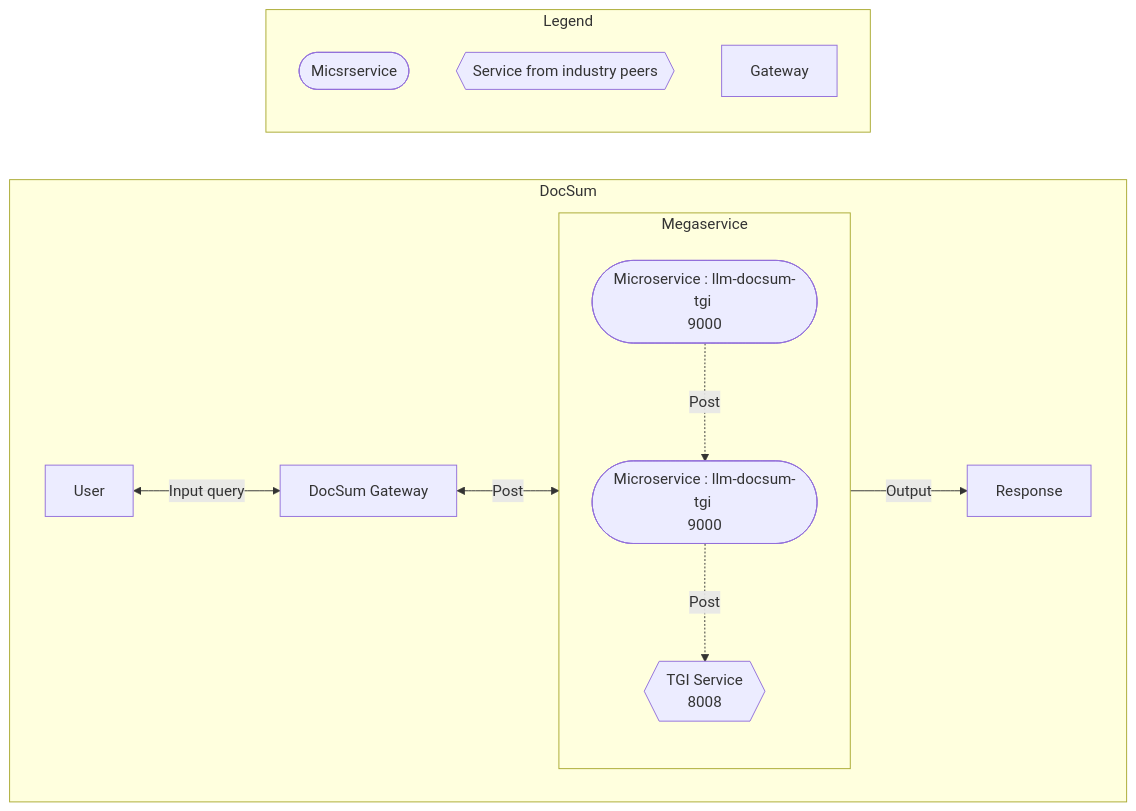
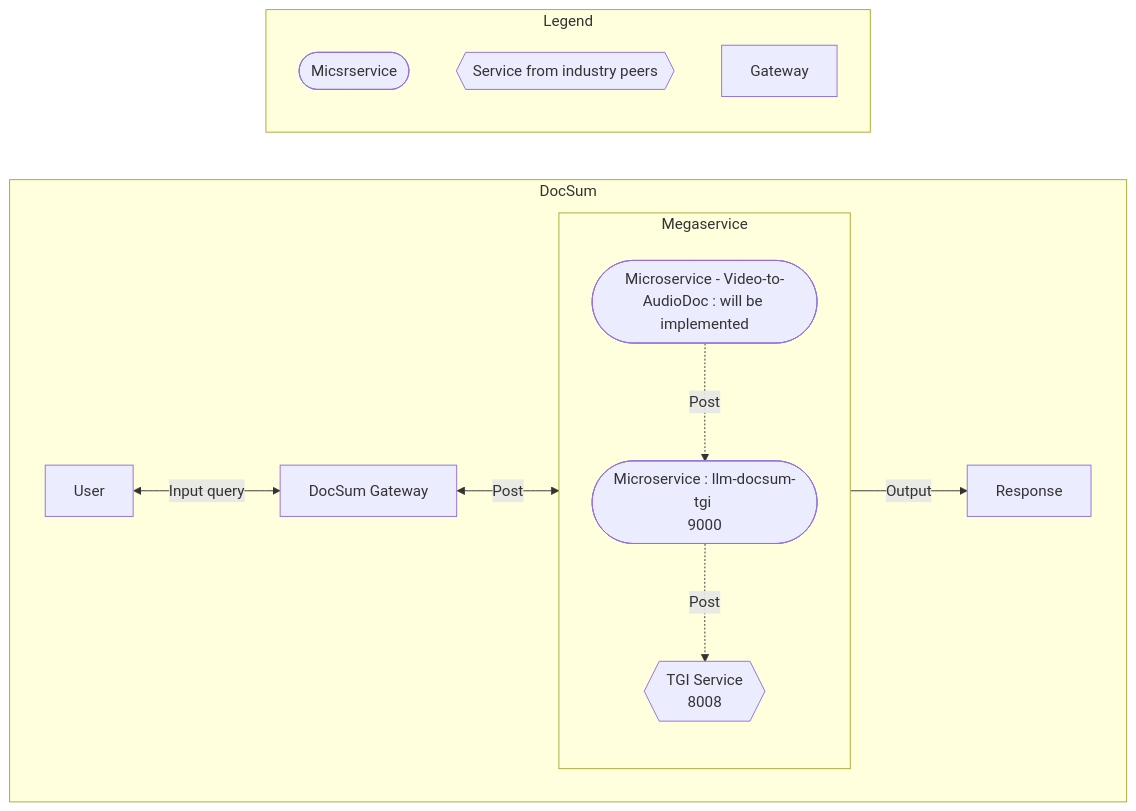
Before and after one commit to opea-project/docs: the first of 2 diagrams in community/rfcs/RFC_DocSum_Video_Audio.md, drawn with Mermaid.

Commit message:
adding RFC

````diff
--- a/community/rfcs/RFC_DocSum_Video_Audio.md
+++ b/community/rfcs/RFC_DocSum_Video_Audio.md
@@ -59,18 +59,18 @@
 ```mermaid
 flowchart LR
     subgraph DocSum
         direction LR
         A[User] <--> |Input query| B[DocSum Gateway]
         B <--> |Post| Megaservice
         subgraph Megaservice["Megaservice"]
             direction TB
-            C([ Microservice : llm-docsum-tgi <br>9000]) -. Post .-> D([ Microservice : llm-docsum-tgi <br>9000]) -. Post .-> E{{TGI Service<br>8008}}
+            C([ Microservice - Video-to-AudioDoc : will be implemented]) -. Post .-> D([ Microservice : llm-docsum-tgi <br>9000]) -. Post .-> E{{TGI Service<br>8008}}
         end
         Megaservice --> |Output| F[Response]
     end
     subgraph Legend
         X([Micsrservice])
         Y{{Service from industry peers}}
         Z[Gateway]
     end
 ```
````
